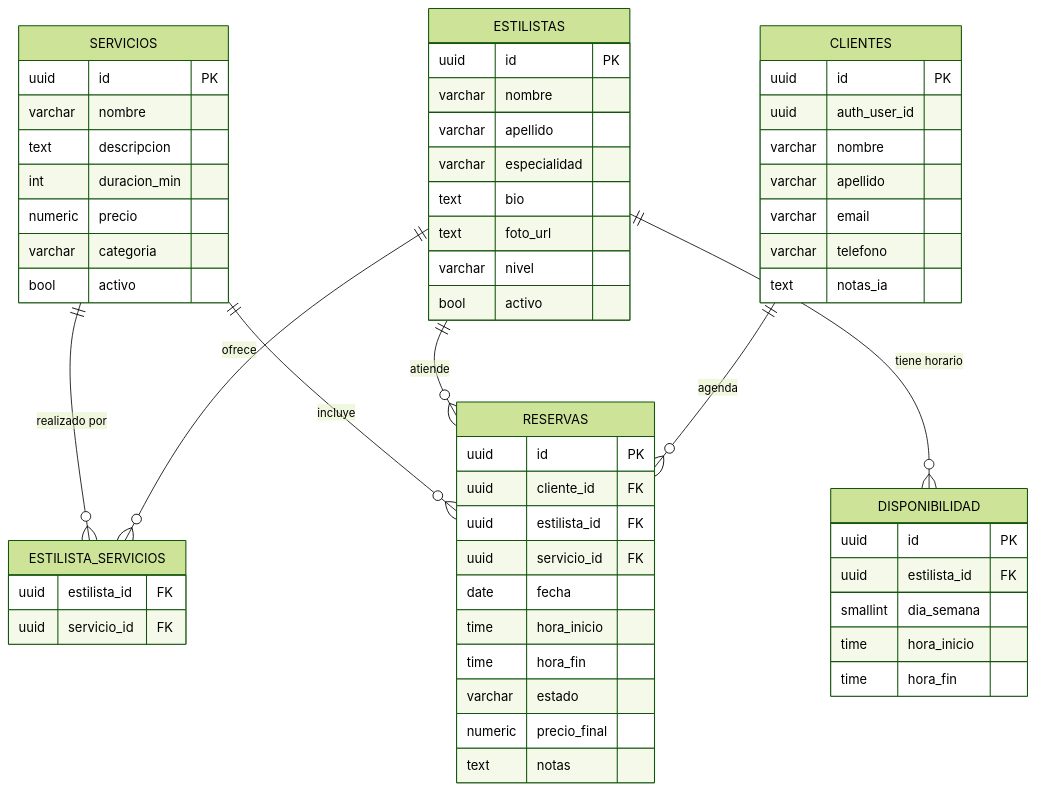
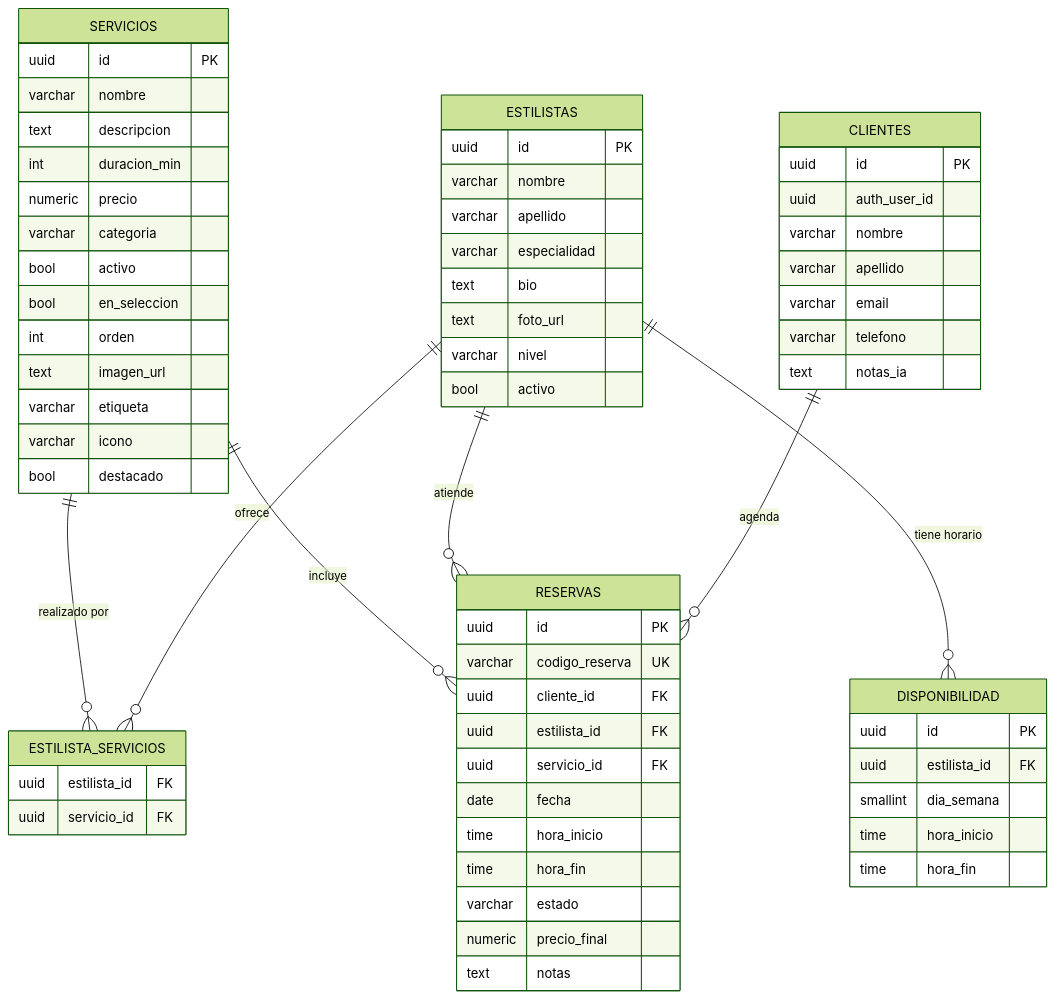
One commit to demian2209/peluqueria-carolina changed the diagram in docs/architecture/database.md. Above: the diagram before and after it, drawn with Mermaid (forest theme). The commit also changed 118 other files, not shown here.

````diff
--- a/docs/architecture/database.md
+++ b/docs/architecture/database.md
@@ -10,66 +10,73 @@
 ```mermaid
 erDiagram
     SERVICIOS {
         uuid id PK
         varchar nombre
         text descripcion
         int duracion_min
         numeric precio
         varchar categoria
         bool activo
+        bool en_seleccion
+        int orden
+        text imagen_url
+        varchar etiqueta
+        varchar icono
+        bool destacado
     }
 
     ESTILISTAS {
         uuid id PK
         varchar nombre
         varchar apellido
         varchar especialidad
         text bio
         text foto_url
         varchar nivel
         bool activo
     }
 
     ESTILISTA_SERVICIOS {
         uuid estilista_id FK
         uuid servicio_id FK
     }
 
     DISPONIBILIDAD {
         uuid id PK
         uuid estilista_id FK
         smallint dia_semana
         time hora_inicio
         time hora_fin
     }
 
     CLIENTES {
         uuid id PK
         uuid auth_user_id
         varchar nombre
         varchar apellido
         varchar email
         varchar telefono
         text notas_ia
     }
 
     RESERVAS {
         uuid id PK
+        varchar codigo_reserva UK
         uuid cliente_id FK
         uuid estilista_id FK
         uuid servicio_id FK
         date fecha
         time hora_inicio
         time hora_fin
         varchar estado
         numeric precio_final
         text notas
     }
 
     ESTILISTAS ||--o{ ESTILISTA_SERVICIOS : "ofrece"
     SERVICIOS  ||--o{ ESTILISTA_SERVICIOS : "realizado por"
     ESTILISTAS ||--o{ DISPONIBILIDAD     : "tiene horario"
     CLIENTES   ||--o{ RESERVAS           : "agenda"
     ESTILISTAS ||--o{ RESERVAS           : "atiende"
     SERVICIOS  ||--o{ RESERVAS           : "incluye"
 ```
````
